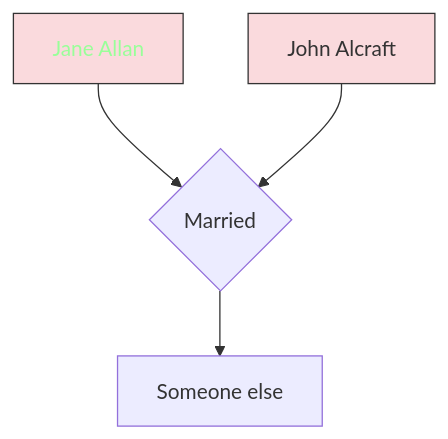
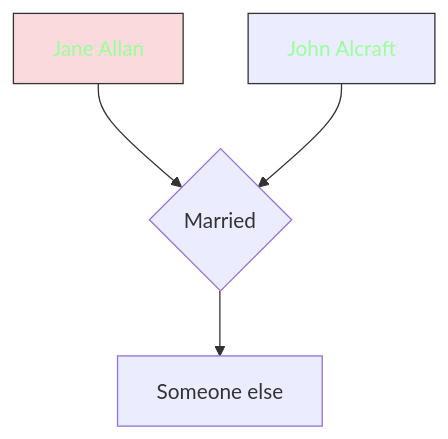
Before and after one commit to RachelAlcraft/family-tree: the diagram in docs/index.md, drawn with Mermaid.

````diff
--- a/docs/index.md
+++ b/docs/index.md
@@ -6,10 +6,10 @@
 ``` mermaid
 flowchart TD  
   JA1[Jane Allan] --> JAJA{Married};
   JA2[John Alcraft] --> JAJA{Married};
   JAJA -->D[Someone else];  
   style JA1 fill:#FADADD,stroke:#333,stroke-width:1px,color:#99ff99
   click JA1 "jones.md" "JA1"
-  style JA2 fill:#FADADD,stroke:#333,stroke-width:1px,color:##90d5ff
+  style JA2 fill:##90d5ff,stroke:#333,stroke-width:1px,color:#99ff99
   click JA2 "jones.md" "JA2"
 ```
````
